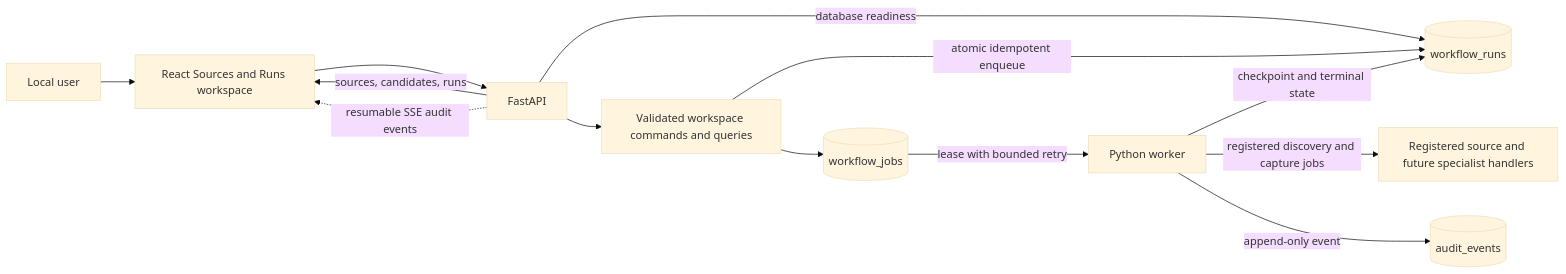
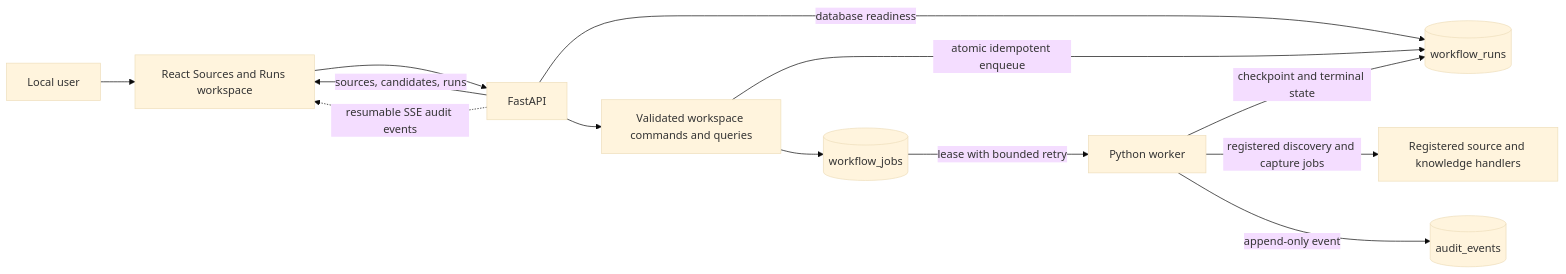
The second of 14 diagrams in docs/architecture/system-architecture.md (Wenqi77Zhang/GameCrafter-Agent), drawn with Mermaid (base theme) before and after one commit. The commit also changed other lines of this file and 22 other files, not shown here.

````diff
--- a/docs/architecture/system-architecture.md
+++ b/docs/architecture/system-architecture.md
@@ -32,24 +32,24 @@
 ```mermaid
 flowchart LR
     USER["Local user"]
     WEB["React Sources and Runs workspace"]
     API["FastAPI"]
     COMMAND["Validated workspace commands and queries"]
     RUNS[("workflow_runs")]
     JOBS[("workflow_jobs")]
     AUDIT[("audit_events")]
     WORKER["Python worker"]
-    HANDLER["Registered source and future specialist handlers"]
+    HANDLER["Registered source and knowledge handlers"]
 
     USER --> WEB --> API
     API -->|"sources, candidates, runs"| WEB
     API -. "resumable SSE audit events" .-> WEB
     API -->|"database readiness"| RUNS
     API --> COMMAND
     COMMAND -->|"atomic idempotent enqueue"| RUNS
     COMMAND --> JOBS
     JOBS -->|"lease with bounded retry"| WORKER
     WORKER -->|"registered discovery and capture jobs"| HANDLER
     WORKER -->|"checkpoint and terminal state"| RUNS
     WORKER -->|"append-only event"| AUDIT
 ```
````
